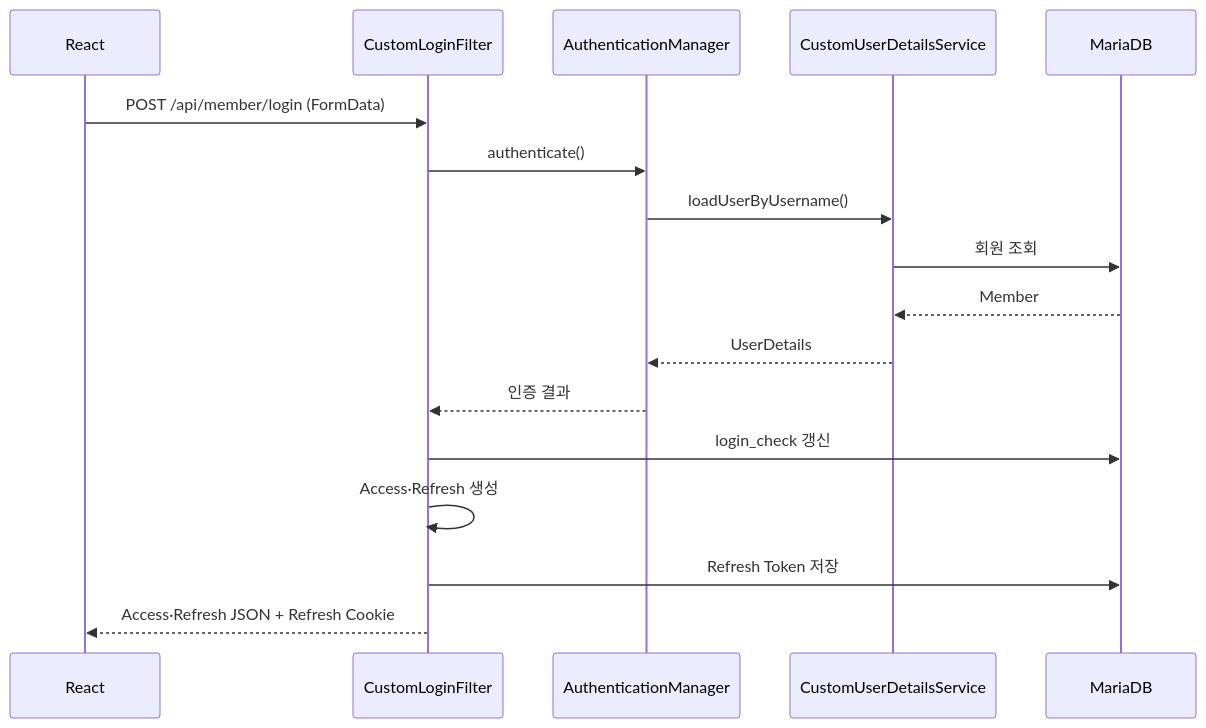
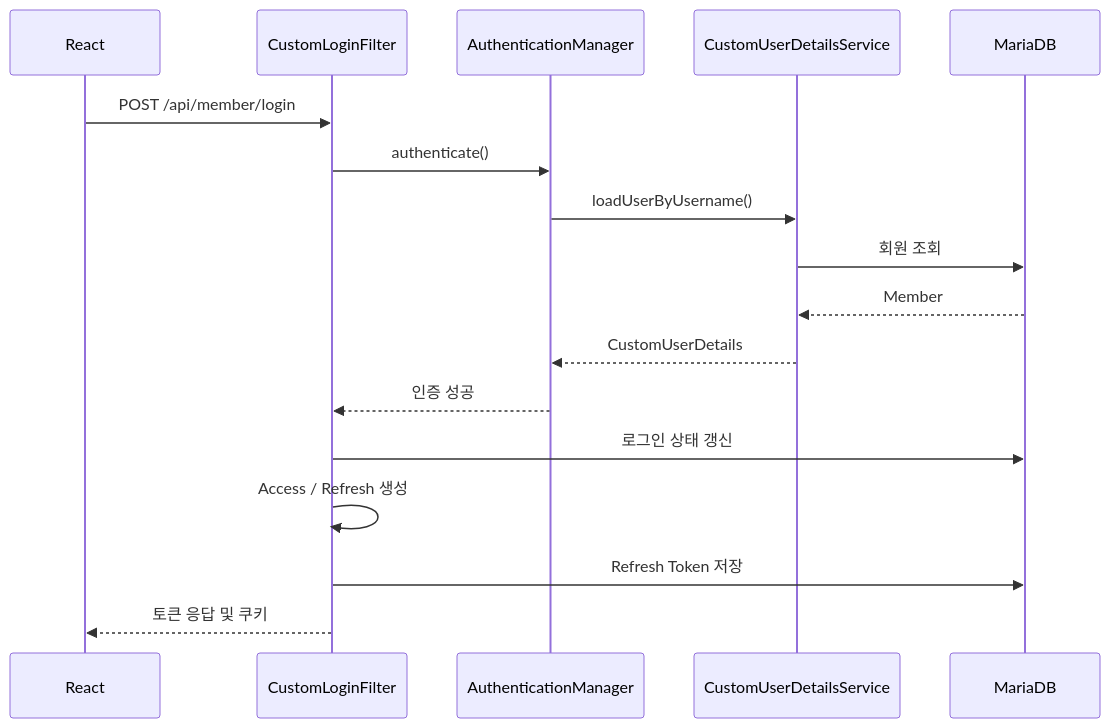
Before and after one commit to parkjaewook1/PetMilyProject: the second of 3 diagrams in docs/PETMILY_TECHNICAL_DOCUMENTATION.md, drawn with Mermaid. The commit also changed other lines of this file, not shown here.

````diff
--- a/docs/PETMILY_TECHNICAL_DOCUMENTATION.md
+++ b/docs/PETMILY_TECHNICAL_DOCUMENTATION.md
@@ -108,19 +54,19 @@
 ```mermaid
 sequenceDiagram
   participant B as React
-  participant F as CustomLoginFilter
+  participant L as CustomLoginFilter
   participant A as AuthenticationManager
   participant U as CustomUserDetailsService
-  participant DB as MariaDB
-  B->>F: POST /api/member/login (FormData)
-  F->>A: authenticate()
+  participant D as MariaDB
+  B->>L: POST /api/member/login
+  L->>A: authenticate()
   A->>U: loadUserByUsername()
-  U->>DB: 회원 조회
-  DB-->>U: Member
-  U-->>A: UserDetails
-  A-->>F: 인증 결과
-  F->>DB: login_check 갱신
-  F->>F: Access·Refresh 생성
-  F->>DB: Refresh Token 저장
-  F-->>B: Access·Refresh JSON + Refresh Cookie
+  U->>D: 회원 조회
+  D-->>U: Member
+  U-->>A: CustomUserDetails
+  A-->>L: 인증 성공
+  L->>D: 로그인 상태 갱신
+  L->>L: Access / Refresh 생성
+  L->>D: Refresh Token 저장
+  L-->>B: 토큰 응답 및 쿠키
 ```
````
